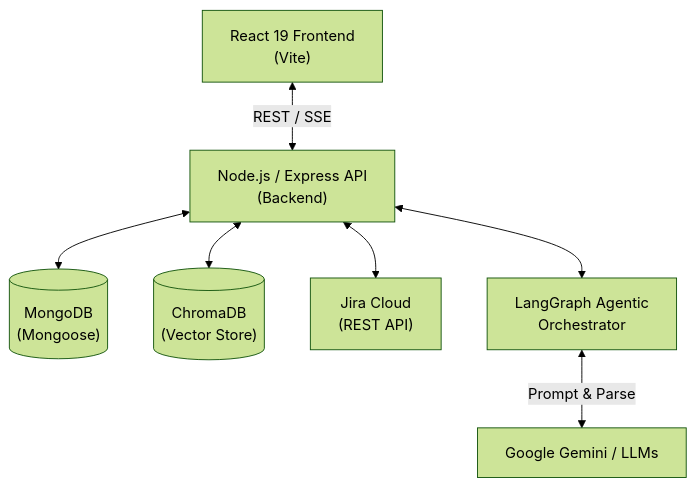
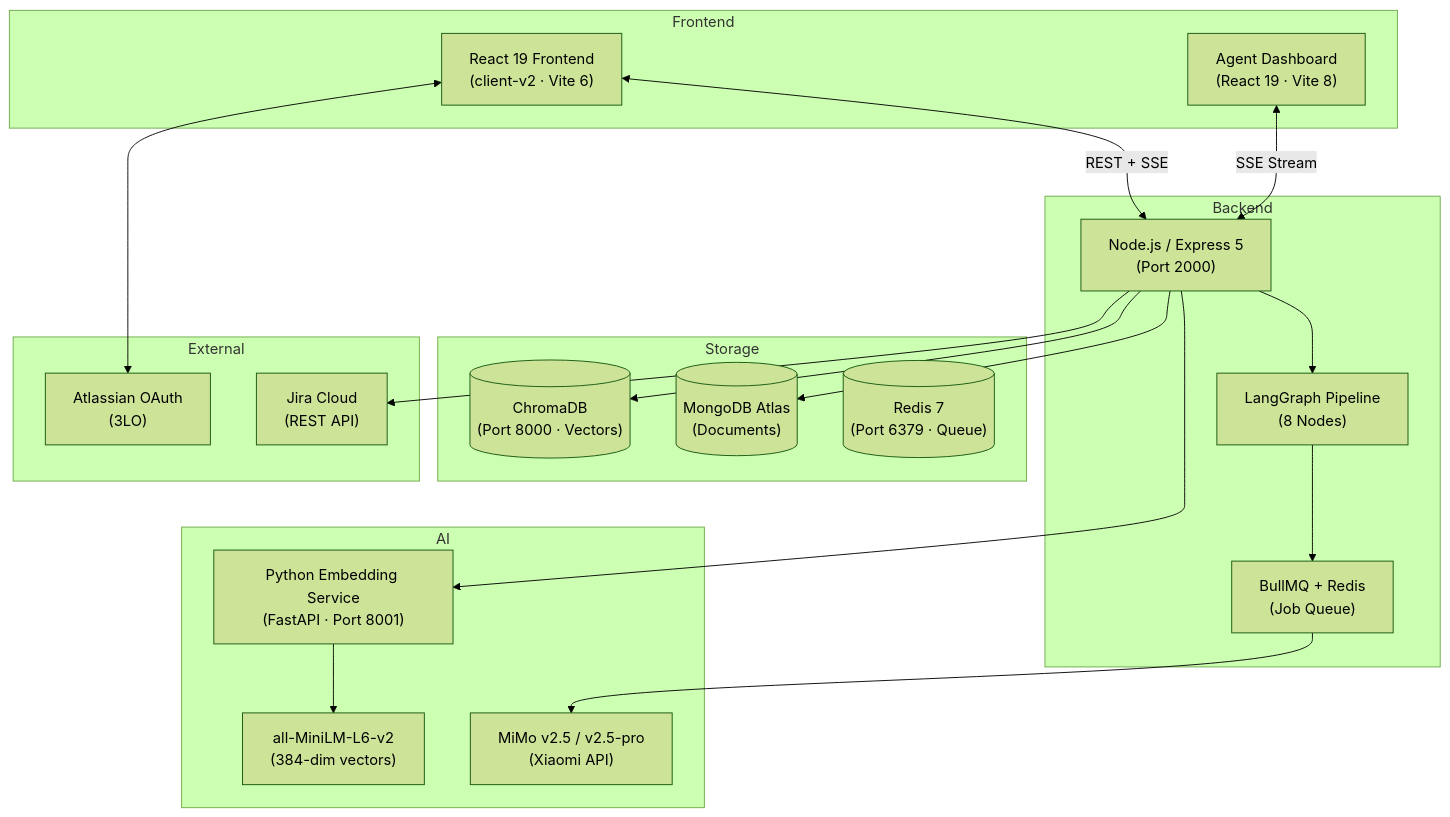
One commit to anudeepmuppalla1729/AI-Scrum-Assistant changed the first of 2 diagrams in README.md. Above: the diagram before and after it, drawn with Mermaid (forest theme). The commit also changed other lines of this file and 1 other file, not shown here.

````diff
--- a/README.md
+++ b/README.md
@@ -40,21 +82,42 @@
 ```mermaid
 graph TB
-    Client["React 19 Frontend\n(Vite)"]
-    
-    API["Node.js / Express API\n(Backend)"]
-    
-    MongoDB[("MongoDB\n(Mongoose)")]
-    
-    Chroma[("ChromaDB\n(Vector Store)")]
-    
-    Jira["Jira Cloud\n(REST API)"]
+    subgraph Frontend
+        Client["React 19 Frontend<br/>(client-v2 · Vite 6)"]
+        Dashboard["Agent Dashboard<br/>(React 19 · Vite 8)"]
+    end
 
-    LangGraph["LangGraph Agentic\nOrchestrator"]
+    subgraph Backend
+        API["Node.js / Express 5<br/>(Port 2000)"]
+        LangGraph["LangGraph Pipeline<br/>(8 Nodes)"]
+        BullMQ["BullMQ + Redis<br/>(Job Queue)"]
+    end
 
-    Client <-->|REST / SSE| API
-    API <--> MongoDB
-    API <--> Chroma
-    API <--> Jira
-    API <--> LangGraph
-    LangGraph <-->|Prompt & Parse| LLM["Google Gemini / LLMs"]
+    subgraph AI
+        MiMo["MiMo v2.5 / v2.5-pro<br/>(Xiaomi API)"]
+        EmbedSvc["Python Embedding Service<br/>(FastAPI · Port 8001)"]
+        MiniLM["all-MiniLM-L6-v2<br/>(384-dim vectors)"]
+    end
+
+    subgraph Storage
+        MongoDB[("MongoDB Atlas<br/>(Documents)")]
+        Chroma[("ChromaDB<br/>(Port 8000 · Vectors)")]
+        Redis[("Redis 7<br/>(Port 6379 · Queue)")]
+    end
+
+    subgraph External
+        Jira["Jira Cloud<br/>(REST API)"]
+        Atlassian["Atlassian OAuth<br/>(3LO)"]
+    end
+
+    Client <-->|REST + SSE| API
+    Dashboard <-->|SSE Stream| API
+    API --> LangGraph
+    LangGraph --> BullMQ
+    BullMQ --> MiMo
+    API --> EmbedSvc
+    EmbedSvc --> MiniLM
+    API --> MongoDB
+    API --> Chroma
+    API --> Jira
+    Client <--> Atlassian
 ```
````
